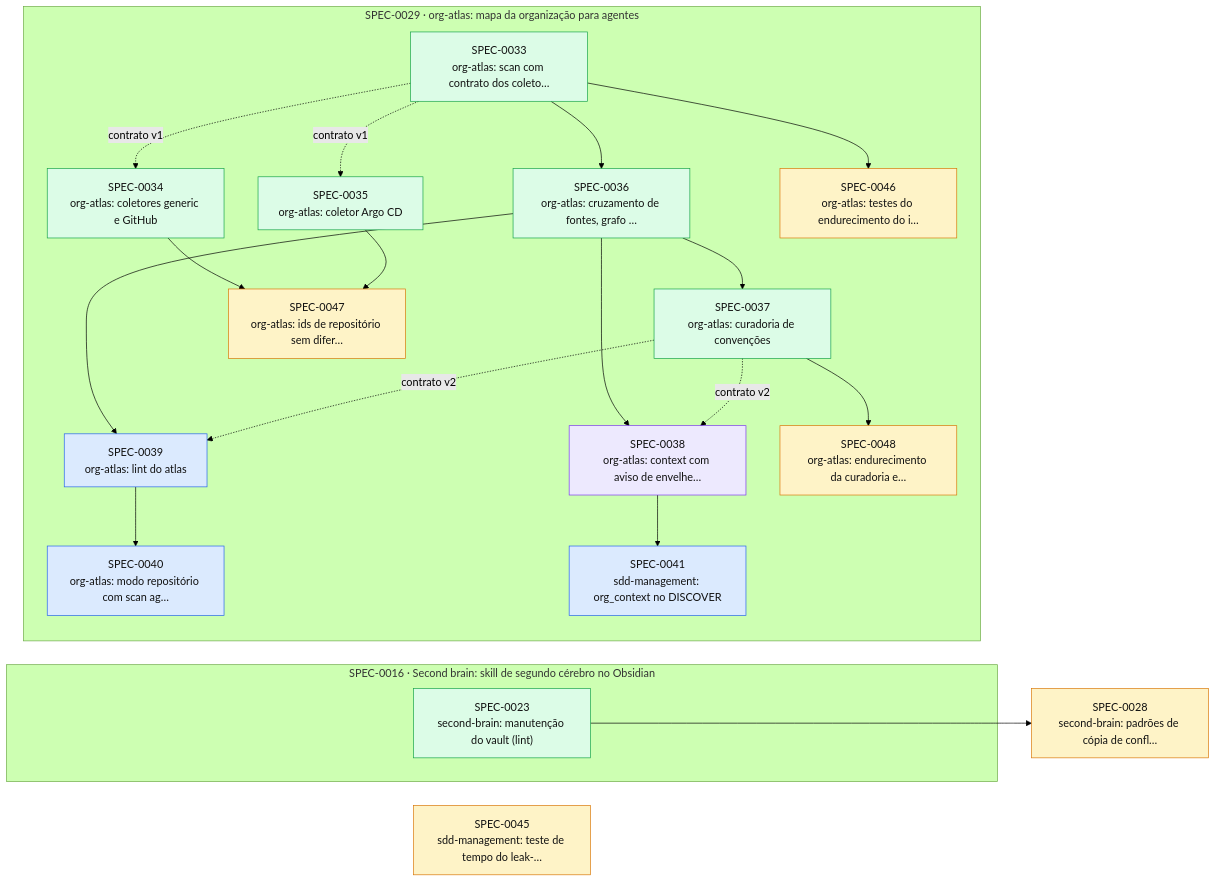
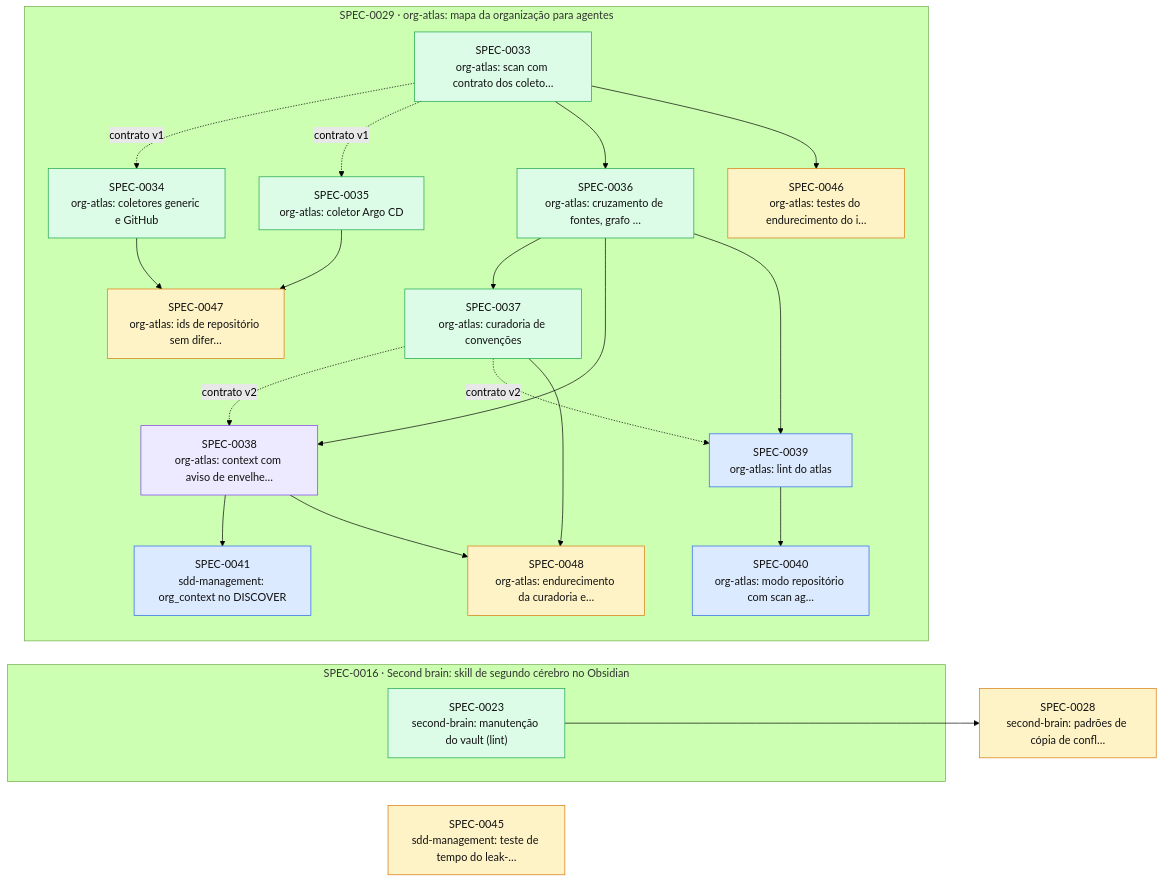
The diagram in docs/specs/INDEX.md (thomasravache/ai-dev-brain), drawn with Mermaid (forest theme) before and after one commit. The commit also changed other lines of this file and 1 other file, not shown here.

````diff
--- a/docs/specs/INDEX.md
+++ b/docs/specs/INDEX.md
@@ -56,42 +56,43 @@
 ```mermaid
 flowchart LR
   S0028["SPEC-0028<br/>second-brain: padrões de cópia de confl…"]:::proposed
   S0045["SPEC-0045<br/>sdd-management: teste de tempo do leak-…"]:::proposed
   subgraph E0016["SPEC-0016 · Second brain: skill de segundo cérebro no Obsidian"]
     S0023["SPEC-0023<br/>second-brain: manutenção do vault (lint)"]:::implemented
   end
   subgraph E0029["SPEC-0029 · org-atlas: mapa da organização para agentes"]
     S0033["SPEC-0033<br/>org-atlas: scan com contrato dos coleto…"]:::implemented
     S0034["SPEC-0034<br/>org-atlas: coletores generic e GitHub"]:::implemented
     S0035["SPEC-0035<br/>org-atlas: coletor Argo CD"]:::implemented
     S0036["SPEC-0036<br/>org-atlas: cruzamento de fontes, grafo …"]:::implemented
     S0037["SPEC-0037<br/>org-atlas: curadoria de convenções"]:::implemented
     S0038["SPEC-0038<br/>org-atlas: context com aviso de envelhe…"]:::inprogress
     S0039["SPEC-0039<br/>org-atlas: lint do atlas"]:::approved
     S0040["SPEC-0040<br/>org-atlas: modo repositório com scan ag…"]:::approved
     S0041["SPEC-0041<br/>sdd-management: org_context no DISCOVER"]:::approved
     S0046["SPEC-0046<br/>org-atlas: testes do endurecimento do i…"]:::proposed
     S0047["SPEC-0047<br/>org-atlas: ids de repositório sem difer…"]:::proposed
     S0048["SPEC-0048<br/>org-atlas: endurecimento da curadoria e…"]:::proposed
   end
   S0023 --> S0028
   S0033 -. contrato v1 .-> S0034
   S0033 -. contrato v1 .-> S0035
   S0033 --> S0036
   S0036 --> S0037
   S0036 --> S0038
   S0037 -. contrato v2 .-> S0038
   S0036 --> S0039
   S0037 -. contrato v2 .-> S0039
   S0039 --> S0040
   S0038 --> S0041
   S0033 --> S0046
   S0034 --> S0047
   S0035 --> S0047
   S0037 --> S0048
+  S0038 --> S0048
   classDef proposed fill:#fef3c7,stroke:#d97706,color:#111
   classDef approved fill:#dbeafe,stroke:#2563eb,color:#111
   classDef inprogress fill:#ede9fe,stroke:#7c3aed,color:#111
   classDef implemented fill:#dcfce7,stroke:#16a34a,color:#111
   classDef deprecated fill:#f3f4f6,stroke:#9ca3af,color:#6b7280
 ```
````
